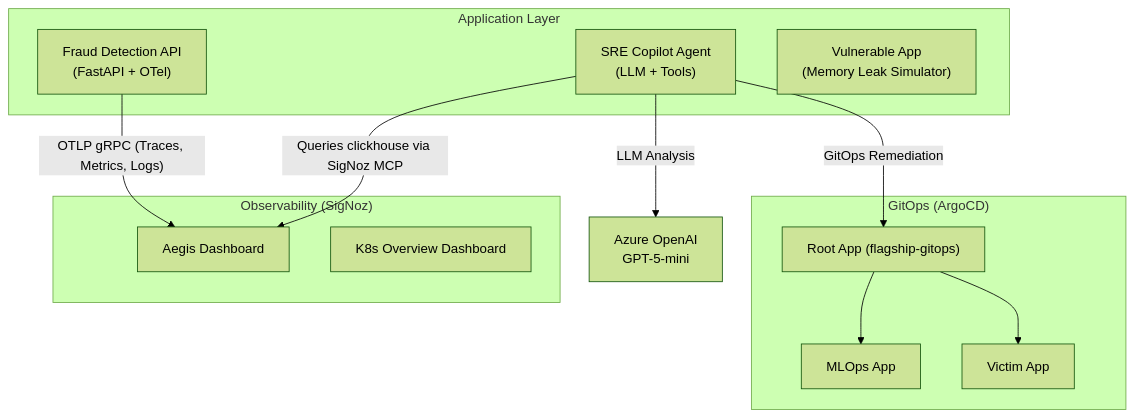
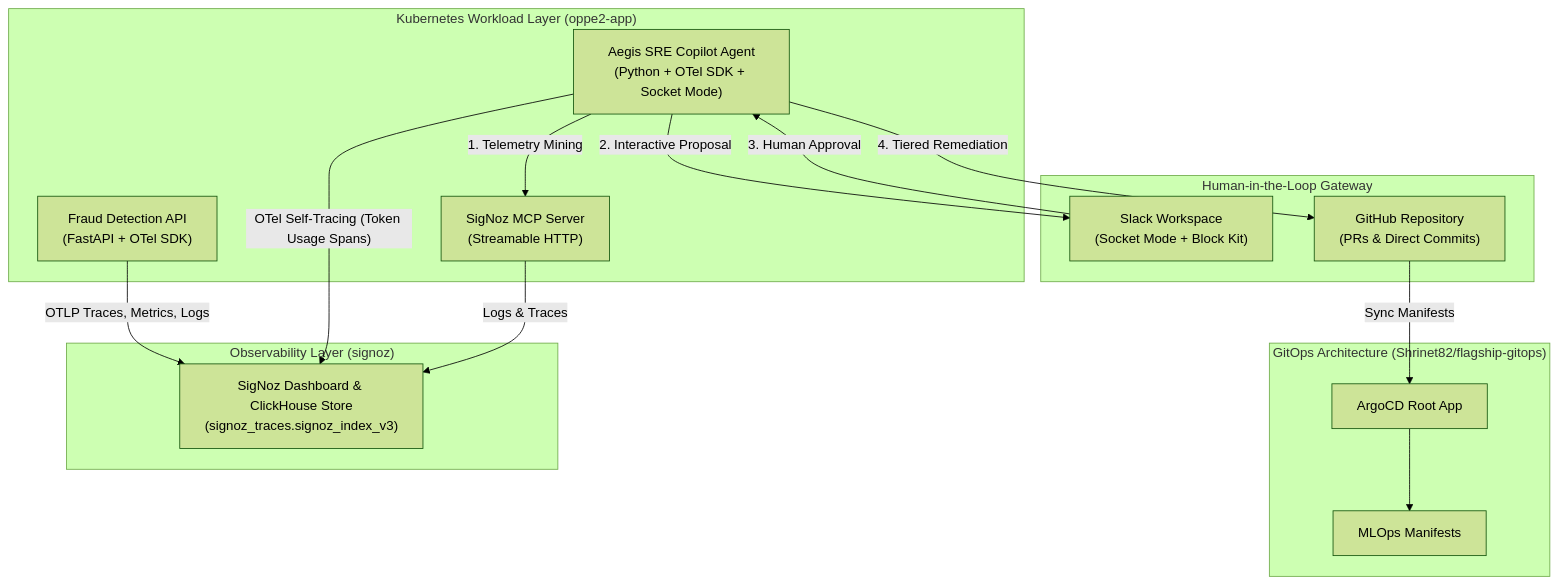
Before and after one commit to Shrinet82/aegis-observe: the diagram in README.md, drawn with Mermaid (forest theme). The commit also changed other lines of this file and 38 other files, not shown here.

Commit message:
feat: complete Aegis-Observe SRE Copilot implementation, Slack Socket Mode, Circuit Breaker, documentation & visual evidence

````diff
--- a/README.md
+++ b/README.md
@@ -9,24 +37,31 @@
 ```mermaid
 graph TB
-    subgraph "GitOps (ArgoCD)"
-        ROOT["Root App (flagship-gitops)"]
-        ROOT --> MLOPS["MLOps App"]
-        ROOT --> VICTIM["Victim App"]
+    subgraph "GitOps Architecture (Shrinet82/flagship-gitops)"
+        ROOT["ArgoCD Root App"]
+        ROOT --> MLOPS["MLOps Manifests"]
     end
 
-    subgraph "Application Layer"
-        FRAUD["Fraud Detection API<br/>(FastAPI + OTel)"]
-        SRE["SRE Copilot Agent<br/>(LLM + Tools)"]
-        VICTIM_APP["Vulnerable App<br/>(Memory Leak Simulator)"]
+    subgraph "Kubernetes Workload Layer (oppe2-app)"
+        FRAUD["Fraud Detection API<br/>(FastAPI + OTel SDK)"]
+        AGENT["Aegis SRE Copilot Agent<br/>(Python + OTel SDK + Socket Mode)"]
+        MCP["SigNoz MCP Server<br/>(Streamable HTTP)"]
     end
 
-    subgraph "Observability (SigNoz)"
-        DASH1["Aegis Dashboard"]
-        DASH2["K8s Overview Dashboard"]
+    subgraph "Observability Layer (signoz)"
+        DASH["SigNoz Dashboard & ClickHouse Store<br/>(signoz_traces.signoz_index_v3)"]
     end
 
-    FRAUD -->|"OTLP gRPC (Traces, Metrics, Logs)"| DASH1
-    SRE -->|"Queries clickhouse via SigNoz MCP"| DASH1
-    SRE -->|"LLM Analysis"| AZURE["Azure OpenAI<br/>GPT-5-mini"]
-    SRE -->|"GitOps Remediation"| ROOT
+    subgraph "Human-in-the-Loop Gateway"
+        SLACK["Slack Workspace<br/>(Socket Mode + Block Kit)"]
+        GITHUB["GitHub Repository<br/>(PRs & Direct Commits)"]
+    end
+
+    FRAUD -->|"OTLP Traces, Metrics, Logs"| DASH
+    AGENT -->|"OTel Self-Tracing (Token Usage Spans)"| DASH
+    AGENT -->|"1. Telemetry Mining"| MCP
+    MCP -->|"Logs & Traces"| DASH
+    AGENT -->|"2. Interactive Proposal"| SLACK
+    SLACK -->|"3. Human Approval"| AGENT
+    AGENT -->|"4. Tiered Remediation"| GITHUB
+    GITHUB -->|"Sync Manifests"| ROOT
 ```
````
